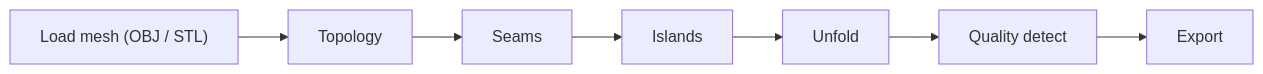
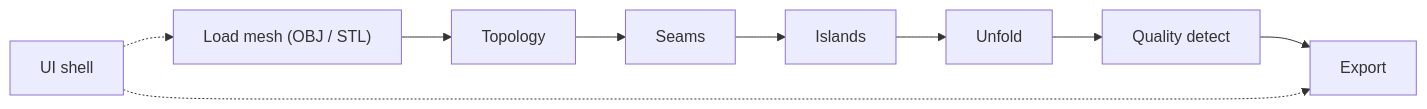
Before and after one commit to NitayBrandriss/3DFlatter: the diagram in docs/plans/README.md, drawn with Mermaid. The commit also changed other lines of this file and 5 other files, not shown here.

````diff
--- a/docs/plans/README.md
+++ b/docs/plans/README.md
@@ -5,11 +7,14 @@
 ```mermaid
 flowchart LR
   load["Load mesh (OBJ / STL)"]
   topo["Topology"]
   seams["Seams"]
   islands["Islands"]
   unfold["Unfold"]
   quality["Quality detect"]
   export["Export"]
+  shell["UI shell"]
   load --> topo --> seams --> islands --> unfold --> quality --> export
+  shell -.-> load
+  shell -.-> export
 ```
````
